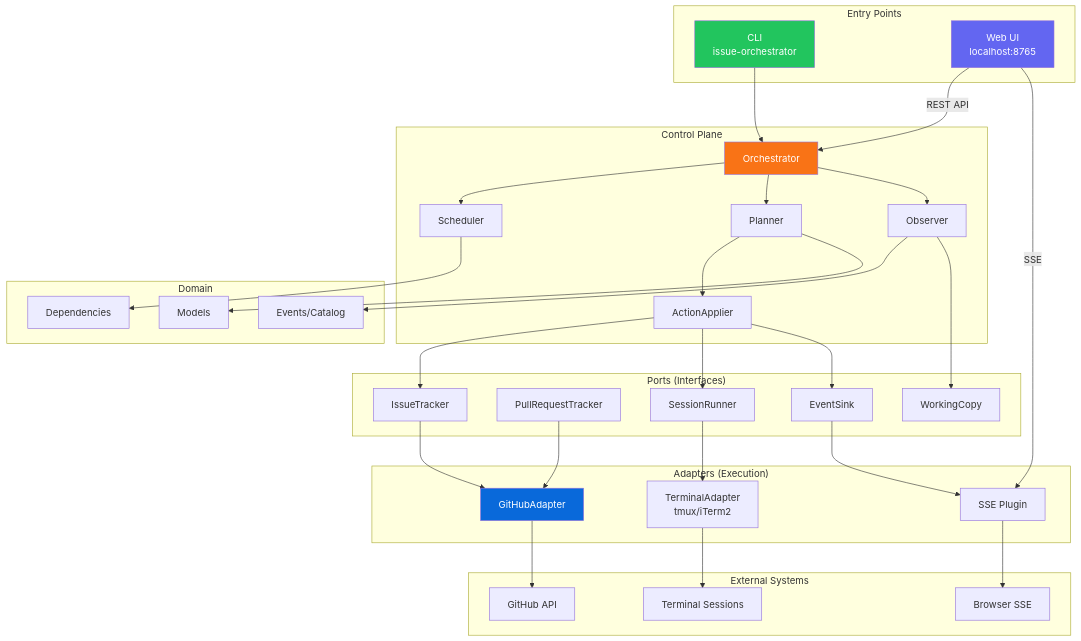
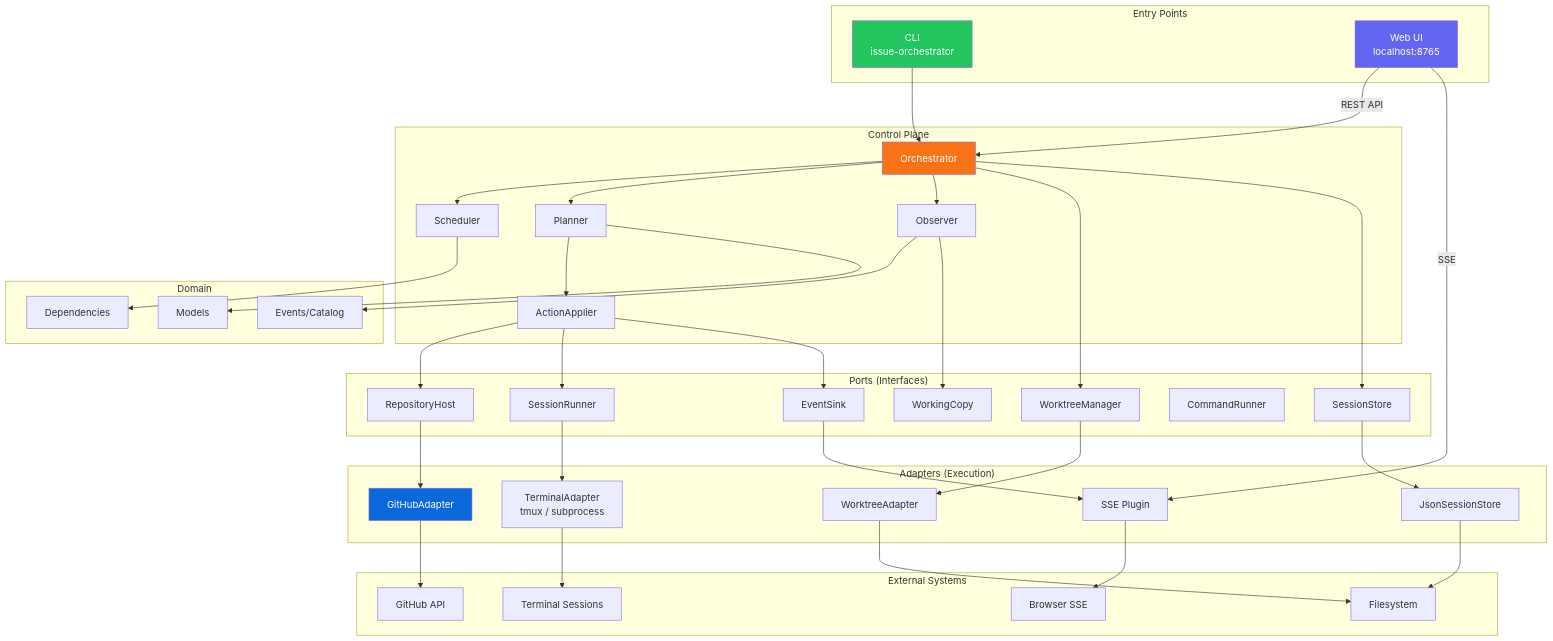
One commit to issue-orchestrator/issue-orchestrator changed the diagram in docs/architecture/README.md. Above: the diagram before and after it, drawn with Mermaid. The commit also changed 16 other files, not shown here.

First line of the commit message:
Docs makeover: rewrite quickstart, add Mermaid diagrams, normalize filenames

```diff
--- a/docs/architecture/README.md
+++ b/docs/architecture/README.md
@@ -128,28 +128,33 @@
     end
 
     subgraph "Ports (Interfaces)"
-        PT_ISSUE[IssueTracker]
-        PT_PR[PullRequestTracker]
+        PT_REPO[RepositoryHost]
         PT_SESS[SessionRunner]
         PT_EVT[EventSink]
         PT_WC[WorkingCopy]
+        PT_WT[WorktreeManager]
+        PT_CMD[CommandRunner]
+        PT_STORE[SessionStore]
     end
 
     subgraph "Adapters (Execution)"
         GH[GitHubAdapter]
-        TERM[TerminalAdapter<br/>tmux/iTerm2]
+        TERM[TerminalAdapter<br/>tmux / subprocess]
         SSE[SSE Plugin]
+        WT[WorktreeAdapter]
+        STORE[JsonSessionStore]
     end
 
     subgraph "External Systems"
         GHAPI[GitHub API]
         TMUX[Terminal Sessions]
         BROWSER[Browser SSE]
+        FS[Filesystem]
     end
 
     CLI --> ORCH
-    WEB --> |REST API| ORCH
-    WEB --> |SSE| SSE
+    WEB -->|REST API| ORCH
+    WEB -->|SSE| SSE
 
     ORCH --> SCHED
     ORCH --> PLAN
@@ -160,19 +165,24 @@
     PLAN --> MOD
     OBS --> EVT
 
-    APPLY --> PT_ISSUE
+    APPLY --> PT_REPO
     APPLY --> PT_SESS
     APPLY --> PT_EVT
     OBS --> PT_WC
+    ORCH --> PT_WT
+    ORCH --> PT_STORE
 
-    PT_ISSUE --> GH
-    PT_PR --> GH
+    PT_REPO --> GH
     PT_SESS --> TERM
     PT_EVT --> SSE
+    PT_WT --> WT
+    PT_STORE --> STORE
 
     GH --> GHAPI
     TERM --> TMUX
     SSE --> BROWSER
+    WT --> FS
+    STORE --> FS
 
     style WEB fill:#6366f1,color:#fff
     style CLI fill:#22c55e,color:#fff
```
